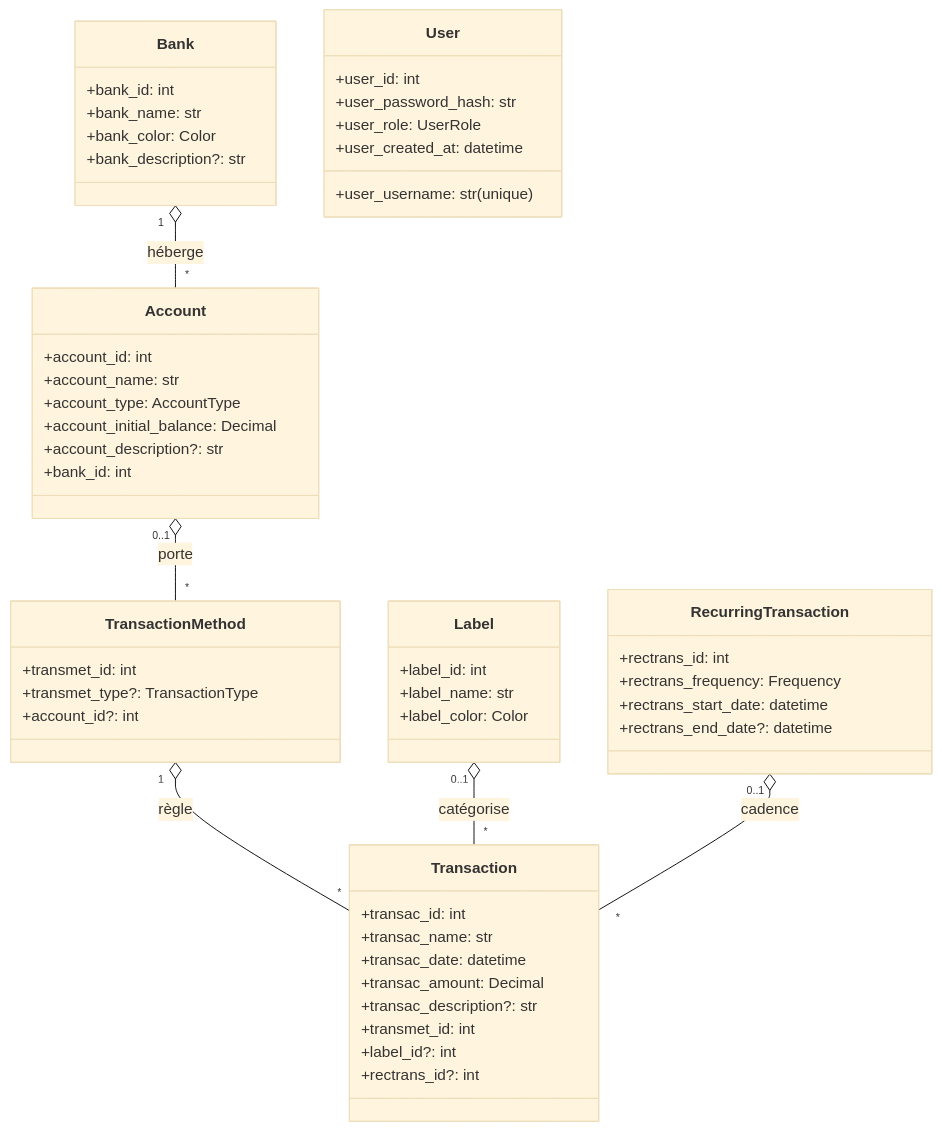
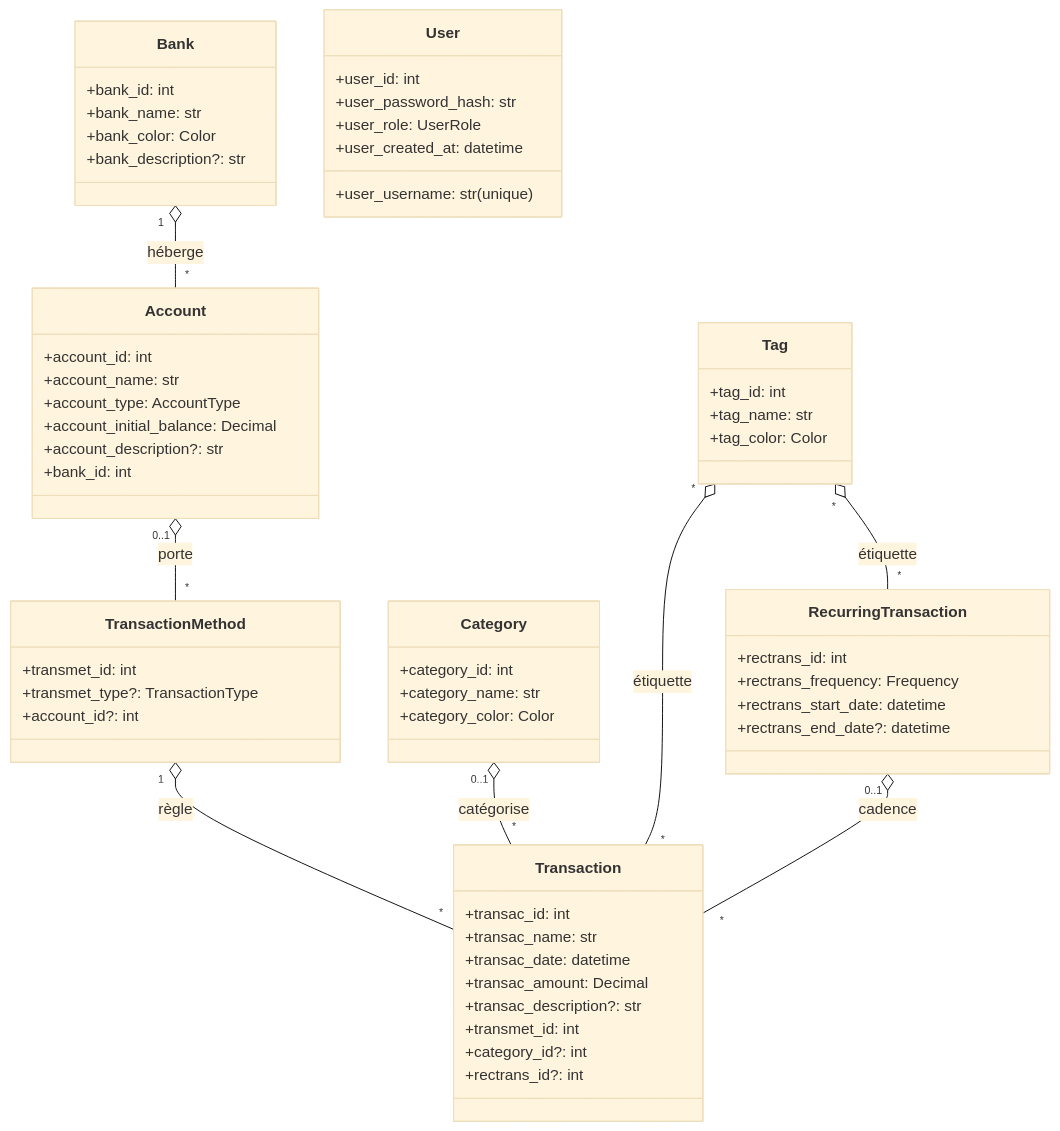
One commit to Actarus35/ActaBank changed the diagram in backend/README.md. Above: the diagram before and after it, drawn with Mermaid (base theme). The commit also changed other lines of this file and 5 other files, not shown here.

````diff
--- a/backend/README.md
+++ b/backend/README.md
@@ -101,56 +102,63 @@
 ```mermaid
 classDiagram
     Bank "1" o-- "*" Account : héberge
     Account "0..1" o-- "*" TransactionMethod : porte
     TransactionMethod "1" o-- "*" Transaction : règle
-    Label "0..1" o-- "*" Transaction : catégorise
+    Category "0..1" o-- "*" Transaction : catégorise
+    Tag "*" o-- "*" Transaction : étiquette
+    Tag "*" o-- "*" RecurringTransaction : étiquette
     RecurringTransaction "0..1" o-- "*" Transaction : cadence
 
     class User {
       +user_id: int
       +user_username: str (unique)
       +user_password_hash: str
       +user_role: UserRole
       +user_created_at: datetime
     }
     class Bank {
       +bank_id: int
       +bank_name: str
       +bank_color: Color
       +bank_description?: str
     }
     class Account {
       +account_id: int
       +account_name: str
       +account_type: AccountType
       +account_initial_balance: Decimal
       +account_description?: str
       +bank_id: int
     }
     class TransactionMethod {
       +transmet_id: int
       +transmet_type?: TransactionType
       +account_id?: int
     }
     class Transaction {
       +transac_id: int
       +transac_name: str
       +transac_date: datetime
       +transac_amount: Decimal
       +transac_description?: str
       +transmet_id: int
-      +label_id?: int
+      +category_id?: int
       +rectrans_id?: int
     }
-    class Label {
-      +label_id: int
-      +label_name: str
-      +label_color: Color
+        class Category {
+      +category_id: int
+      +category_name: str
+      +category_color: Color
+    }
+    class Tag {
+      +tag_id: int
+      +tag_name: str
+      +tag_color: Color
     }
     class RecurringTransaction {
       +rectrans_id: int
       +rectrans_frequency: Frequency
       +rectrans_start_date: datetime
       +rectrans_end_date?: datetime
     }
 ```
````
